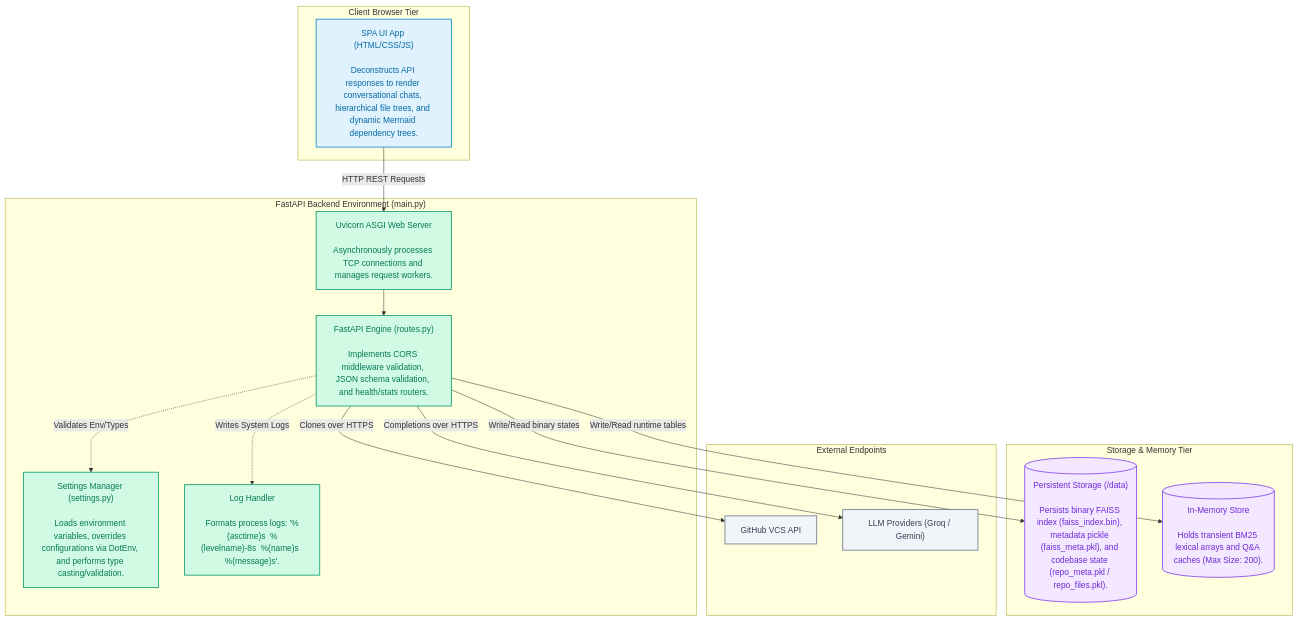
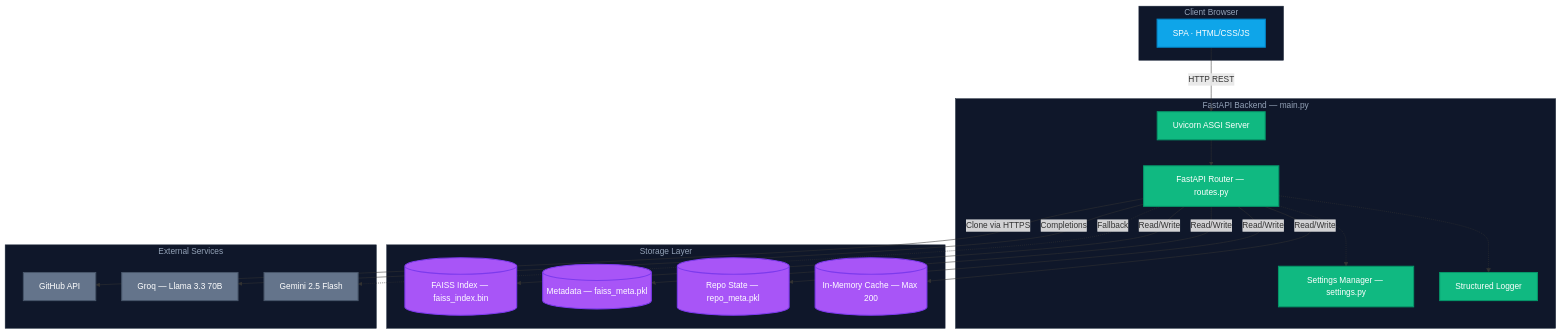
Before and after one commit to shashank-gt/CodeBase: the second of 6 diagrams in ARCHITECTURE.md, drawn with Mermaid. The commit also changed other lines of this file and 17 other files, not shown here.

Commit message:
feat: release CBQA v8 with Groq primary LLM, Gemini failover, premium mermaid architecture, and production readiness

````diff
--- a/ARCHITECTURE.md
+++ b/ARCHITECTURE.md
@@ -45,51 +47,50 @@
 ```mermaid
 flowchart TB
-    %% Style Definitions
-    classDef client fill:#e0f2fe,stroke:#0284c7,stroke-width:1.5px,color:#0369a1;
-    classDef web fill:#d1fae5,stroke:#059669,stroke-width:1.5px,color:#047857;
-    classDef storage fill:#f3e8ff,stroke:#7c3aed,stroke-width:1.5px,color:#6d28d9;
-    classDef ext fill:#f1f5f9,stroke:#64748b,stroke-width:1.5px,color:#334155;
-    classDef sub fill:#f8fafc,stroke:#cbd5e1,stroke-width:1px,color:#475569;
+    classDef client fill:#0ea5e9,stroke:#0284c7,stroke-width:2px,color:#fff
+    classDef server fill:#10b981,stroke:#059669,stroke-width:2px,color:#fff
+    classDef storage fill:#a855f7,stroke:#7c3aed,stroke-width:2px,color:#fff
+    classDef ext fill:#64748b,stroke:#475569,stroke-width:2px,color:#fff
+    classDef group fill:#0f172a,stroke:#1e293b,stroke-width:1px,color:#94a3b8
 
-    subgraph ClientContainer ["Client Browser Tier"]
-        Browser["SPA UI App (HTML/CSS/JS)<br><br>Deconstructs API responses to render conversational chats, hierarchical file trees, and dynamic Mermaid dependency trees."]
+    subgraph Browser ["Client Browser"]
+        SPA["SPA · HTML/CSS/JS"]
     end
 
-    subgraph ServerContainer ["FastAPI Backend Environment (main.py)"]
-        Uvicorn["Uvicorn ASGI Web Server<br><br>Asynchronously processes TCP connections and manages request workers."]
-        
-        FastAPI["FastAPI Engine (routes.py)<br><br>Implements CORS middleware validation, JSON schema validation, and health/stats routers."]
-        
-        Settings["Settings Manager (settings.py)<br><br>Loads environment variables, overrides configurations via DotEnv, and performs type casting/validation."]
-        
-        LogFormatter["Log Handler<br><br>Formats process logs: '%(asctime)s  %(levelname)-8s  %(name)s  %(message)s'."]
+    subgraph Backend ["FastAPI Backend — main.py"]
+        Uvicorn["Uvicorn ASGI Server"]
+        FastAPI["FastAPI Router — routes.py"]
+        Settings["Settings Manager — settings.py"]
+        Logger["Structured Logger"]
     end
 
-    subgraph StorageContainer ["Storage & Memory Tier"]
-        SSD[("Persistent Storage (/data)<br><br>Persists binary FAISS index (faiss_index.bin), metadata pickle (faiss_meta.pkl), and codebase state (repo_meta.pkl / repo_files.pkl).")]
-        
-        MemCache[("In-Memory Store<br><br>Holds transient BM25 lexical arrays and Q&A caches (Max Size: 200).")]
+    subgraph Storage ["Storage Layer"]
+        FAISS[("FAISS Index — faiss_index.bin")]
+        Meta[("Metadata — faiss_meta.pkl")]
+        Repo[("Repo State — repo_meta.pkl")]
+        MemCache[("In-Memory Cache — Max 200")]
     end
 
-    subgraph ExternalAPIs ["External Endpoints"]
-        GitHost["GitHub VCS API"]
-        LLMInference["LLM Providers (Groq / Gemini)"]
+    subgraph External ["External Services"]
+        Git["GitHub API"]
+        Groq["Groq — Llama 3.3 70B"]
+        Gemini["Gemini 2.5 Flash"]
     end
 
-    %% Container Data Flows
-    Browser -->|HTTP REST Requests| Uvicorn
+    SPA -->|"HTTP REST"| Uvicorn
     Uvicorn --> FastAPI
-    FastAPI -.->|Validates Env/Types| Settings
-    FastAPI -.->|Writes System Logs| LogFormatter
-    
-    FastAPI -->|Write/Read binary states| SSD
-    FastAPI -->|Write/Read runtime tables| MemCache
-    
-    FastAPI -->|Clones over HTTPS| GitHost
-    FastAPI -->|Completions over HTTPS| LLMInference
+    FastAPI -.-> Settings
+    FastAPI -.-> Logger
+    FastAPI -->|"Read/Write"| FAISS
+    FastAPI -->|"Read/Write"| Meta
+    FastAPI -->|"Read/Write"| Repo
+    FastAPI -->|"Read/Write"| MemCache
+    FastAPI -->|"Clone via HTTPS"| Git
+    FastAPI -->|"Completions"| Groq
+    FastAPI -.->|"Fallback"| Gemini
 
-    class Browser client;
-    class Uvicorn,FastAPI,Settings,LogFormatter web;
-    class SSD,MemCache storage;
-    class GitHost,LLMInference ext;
+    class SPA client
+    class Uvicorn,FastAPI,Settings,Logger server
+    class FAISS,Meta,Repo,MemCache storage
+    class Git,Groq,Gemini ext
+    class Browser,Backend,Storage,External group
 ```
````
